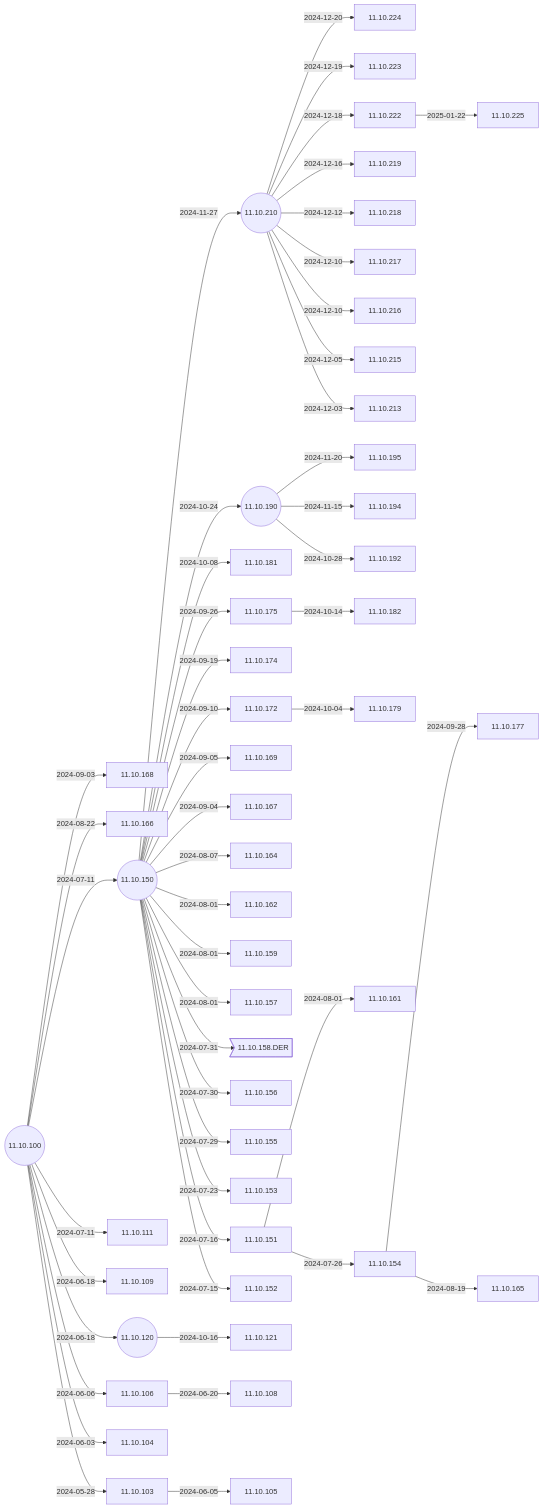
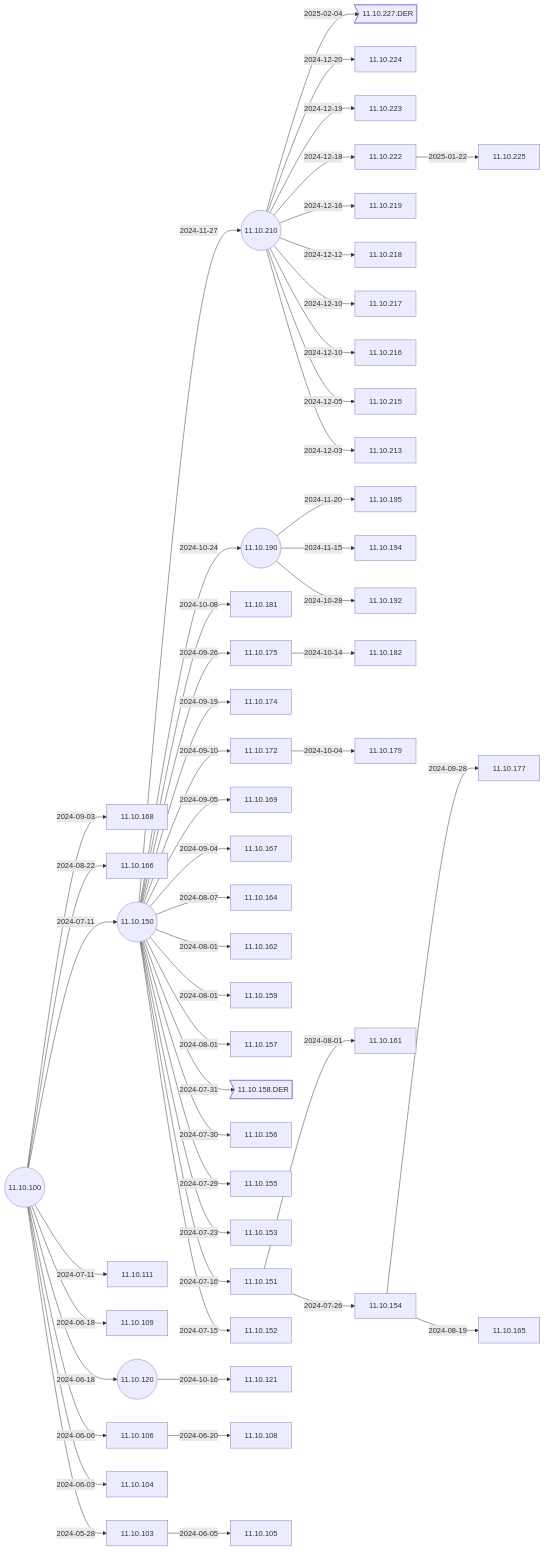
One commit to IGEL-Community/IGEL-Docs-v02 changed the second of 6 diagrams in docs/Docs/ReleaseNotes/01-OS11/README.md. Above: the diagram before and after it, drawn with Mermaid. The commit also changed 2 other files, not shown here.

Commit message:
11.10.227.DER < 11.10.210 11.10.227.DER < 11.10.210

````diff
--- a/docs/Docs/ReleaseNotes/01-OS11/README.md
+++ b/docs/Docs/ReleaseNotes/01-OS11/README.md
@@ -41,5 +41,6 @@
 ```mermaid
 flowchart LR
+    11.10.210-- 2025-02-04 -->11.10.227.DER>11.10.227.DER]
     11.10.222-- 2025-01-22 -->11.10.225
     11.10.210-- 2024-12-20 -->11.10.224
     11.10.210-- 2024-12-19 -->11.10.223
@@ -90,6 +91,7 @@
     11.10.100-- 2024-06-03 -->11.10.104
     11.10.100-- 2024-05-28 -->11.10.103
     11.10.100((11.10.100))
+    click 11.10.227.DER "https://github.com/IGEL-Community/IGEL-Docs-v02/tree/main/docs/Docs/ReleaseNotes/01-OS11/readme11.10.227.DER.txt" _blank
     click 11.10.225 "https://github.com/IGEL-Community/IGEL-Docs-v02/tree/main/docs/Docs/ReleaseNotes/01-OS11/readme11.10.225.txt" _blank
     click 11.10.224 "https://github.com/IGEL-Community/IGEL-Docs-v02/tree/main/docs/Docs/ReleaseNotes/01-OS11/readme11.10.224.txt" _blank
     click 11.10.223 "https://github.com/IGEL-Community/IGEL-Docs-v02/tree/main/docs/Docs/ReleaseNotes/01-OS11/readme11.10.223.txt" _blank
````
